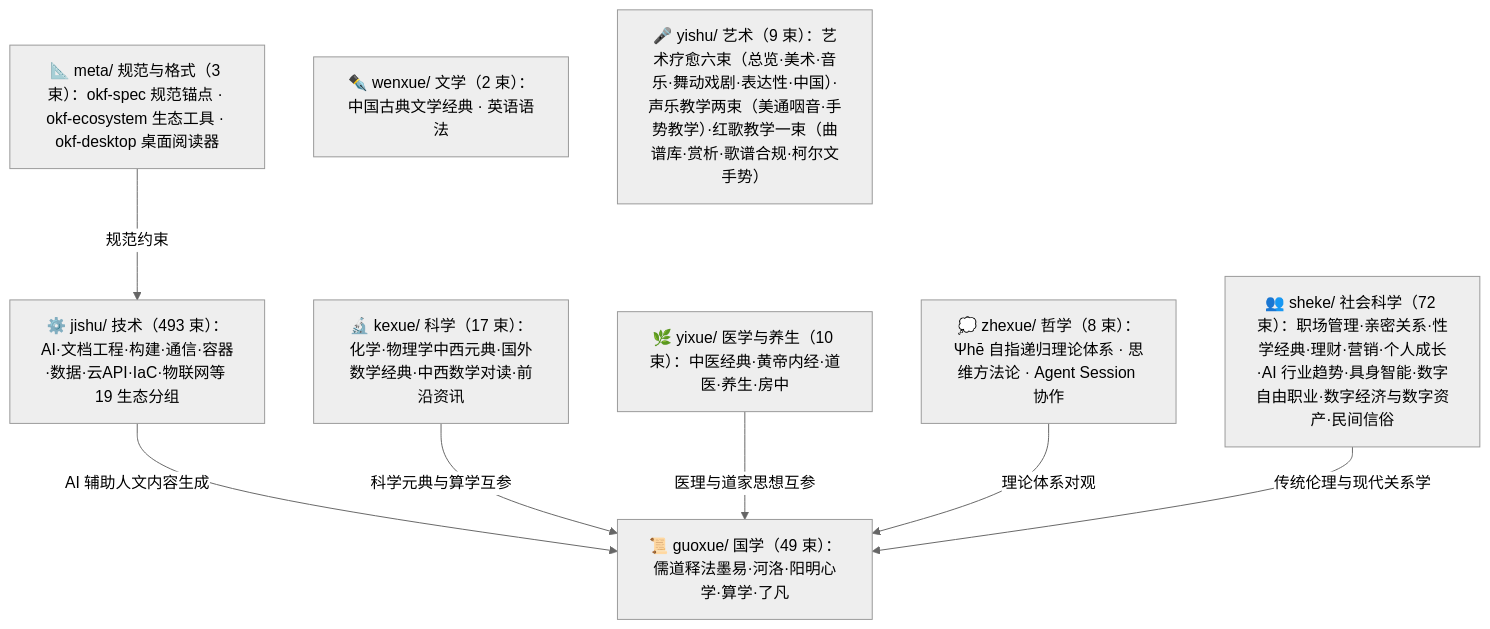
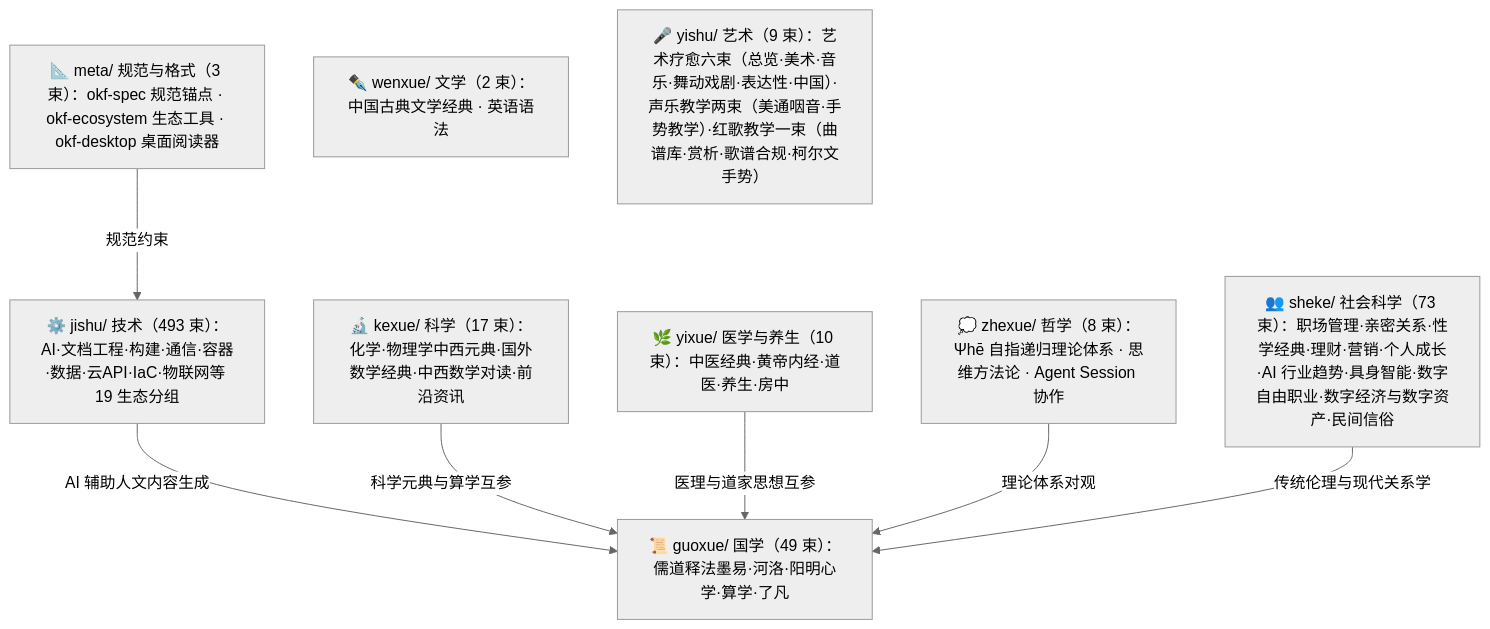
The diagram in doc/bundles/index.md (awesome-flexloop/awesome-okf), drawn with Mermaid (neutral theme) before and after one commit. The commit also changed other lines of this file and 12 other files, not shown here.

````diff
--- a/doc/bundles/index.md
+++ b/doc/bundles/index.md
@@ -21,18 +21,18 @@
 ```mermaid
 flowchart TD
     meta["📐 meta/ 规范与格式（3 束）：okf-spec 规范锚点 · okf-ecosystem 生态工具 · okf-desktop 桌面阅读器"]
     guoxue["📜 guoxue/ 国学（49 束）：儒道释法墨易·河洛·阳明心学·算学·了凡"]
     zhexue["💭 zhexue/ 哲学（8 束）：Ψhē 自指递归理论体系 · 思维方法论 · Agent Session 协作"]
     kexue["🔬 kexue/ 科学（17 束）：化学·物理学中西元典·国外数学经典·中西数学对读·前沿资讯"]
     wenxue["✒️ wenxue/ 文学（2 束）：中国古典文学经典 · 英语语法"]
     yixue["🌿 yixue/ 医学与养生（10 束）：中医经典·黄帝内经·道医·养生·房中"]
-    sheke["👥 sheke/ 社会科学（72 束）：职场管理·亲密关系·性学经典·理财·营销·个人成长·AI 行业趋势·具身智能·数字自由职业·数字经济与数字资产·民间信俗"]
+    sheke["👥 sheke/ 社会科学（73 束）：职场管理·亲密关系·性学经典·理财·营销·个人成长·AI 行业趋势·具身智能·数字自由职业·数字经济与数字资产·民间信俗"]
     yishu["🎤 yishu/ 艺术（9 束）：艺术疗愈六束（总览·美术·音乐·舞动戏剧·表达性·中国）·声乐教学两束（美通咽音·手势教学）·红歌教学一束（曲谱库·赏析·歌谱合规·柯尔文手势）"]
     jishu["⚙️ jishu/ 技术（493 束）：AI·文档工程·构建·通信·容器·数据·云API·IaC·物联网等 19 生态分组"]
     meta -->|"规范约束"| jishu
     jishu -->|"AI 辅助人文内容生成"| guoxue
     kexue -->|"科学元典与算学互参"| guoxue
     yixue -->|"医理与道家思想互参"| guoxue
     zhexue -->|"理论体系对观"| guoxue
     sheke -->|"传统伦理与现代关系学"| guoxue
 ```
````
